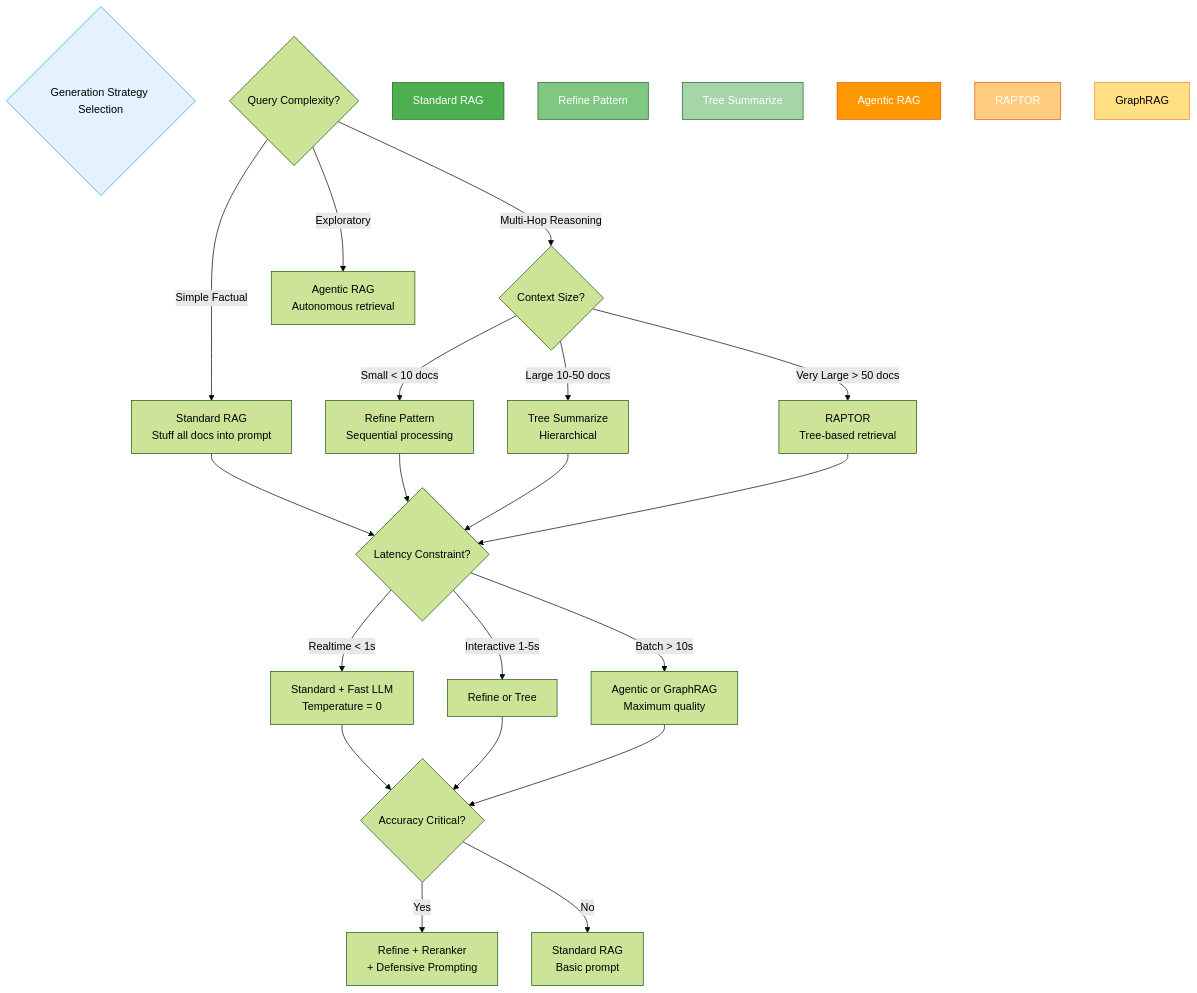
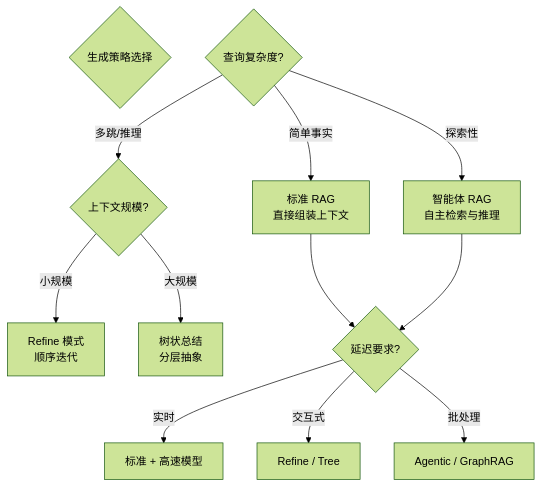
Before and after one commit to YiWang24/AiDIY: the fourth of 4 diagrams in i18n/zh-Hans/docusaurus-plugin-content-docs/current/ai/rag/05-generation.mdx, drawn with Mermaid (forest theme). The commit also changed other lines of this file and 59 other files, not shown here.

````diff
--- a/i18n/zh-Hans/docusaurus-plugin-content-docs/current/ai/rag/05-generation.mdx
+++ b/i18n/zh-Hans/docusaurus-plugin-content-docs/current/ai/rag/05-generation.mdx
@@ -1966,49 +259,20 @@
 ```mermaid
 flowchart TB
-    Start{Generation Strategy Selection}
+    Start{生成策略选择}
 
-    Q1{Query Complexity?}
+    Q1{查询复杂度?}
+    Q1 -->|简单事实| Simple[标准 RAG<br/>直接组装上下文]
+    Q1 -->|多跳/推理| Complex{上下文规模?}
+    Q1 -->|探索性| Agentic[智能体 RAG<br/>自主检索与推理]
 
-    Q1 -->|Simple Factual| Simple[Standard RAG<br/>Stuff all docs into prompt]
-    Q1 -->|Multi-Hop Reasoning| Complex{Context Size?}
-    Q1 -->|Exploratory| Agentic[Agentic RAG<br/>Autonomous retrieval]
-
-    Complex -->|Small < 10 docs| Refine[Refine Pattern<br/>Sequential processing]
-    Complex -->|Large 10-50 docs| Tree[Tree Summarize<br/>Hierarchical]
-    Complex -->|Very Large > 50 docs| Raptor[RAPTOR<br/>Tree-based retrieval]
-
-    Q2{Latency Constraint?}
-
+    Complex -->|小规模| Refine[Refine 模式<br/>顺序迭代]
+    Complex -->|大规模| Tree[树状总结<br/>分层抽象]
+    
+    Q2{延迟要求?}
     Simple --> Q2
-    Refine --> Q2
-    Tree --> Q2
-    Raptor --> Q2
-
-    Q2 -->|Realtime < 1s| FastStuff[Standard + Fast LLM<br/>Temperature = 0]
-    Q2 -->|Interactive 1-5s| StandardRefine[Refine or Tree]
-    Q2 -->|Batch > 10s| Advanced[Agentic or GraphRAG<br/>Maximum quality]
-
-    Q3{Accuracy Critical?}
-
-    FastStuff --> Q3
-    StandardRefine --> Q3
-    Advanced --> Q3
-
-    Q3 -->|Yes| HighFaith[Refine + Reranker<br/>+ Defensive Prompting]
-    Q3 -->|No| Standard[Standard RAG<br/>Basic prompt]
-
-    Final1[Standard RAG]
-    Final2[Refine Pattern]
-    Final3[Tree Summarize]
-    Final4[Agentic RAG]
-    Final5[RAPTOR]
-    Final6[GraphRAG]
-
-    style Start fill:#e3f2fd,stroke:#2196f3
-    style Final1 fill:#4caf50,stroke:#1b5e20,color:#fff
-    style Final2 fill:#81c784,stroke:#1b5e20,color:#fff
-    style Final3 fill:#a5d6a7,stroke:#1b5e20,color:#fff
-    style Final4 fill:#ff9800,stroke:#e65100,color:#fff
-    style Final5 fill:#ffcc80,stroke:#e65100,color:#fff
-    style Final6 fill:#ffe082,stroke:#f57f17,color:#000
+    Agentic --> Q2
+    
+    Q2 -->|实时| Fast[标准 + 高速模型]
+    Q2 -->|交互式| Med[Refine / Tree]
+    Q2 -->|批处理| Slow[Agentic / GraphRAG]
 ```
````
